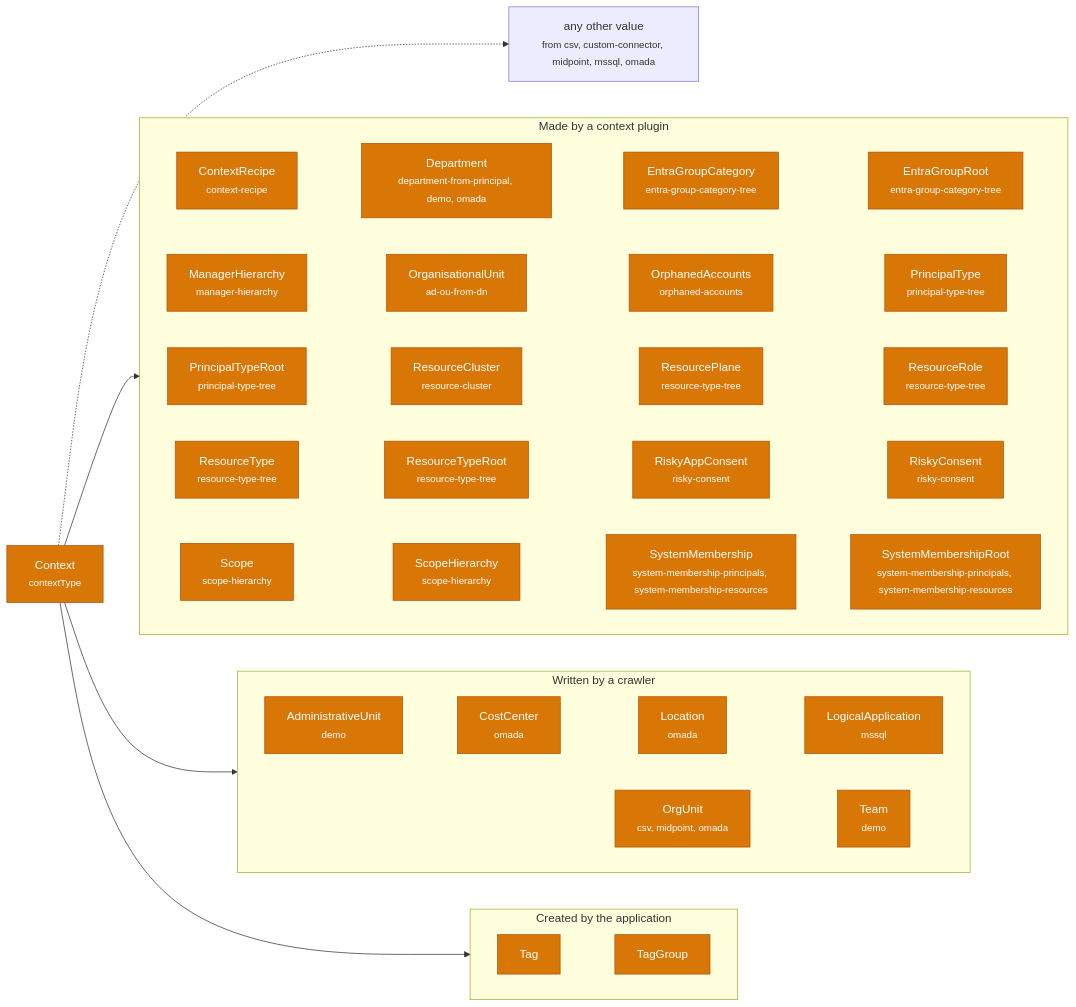
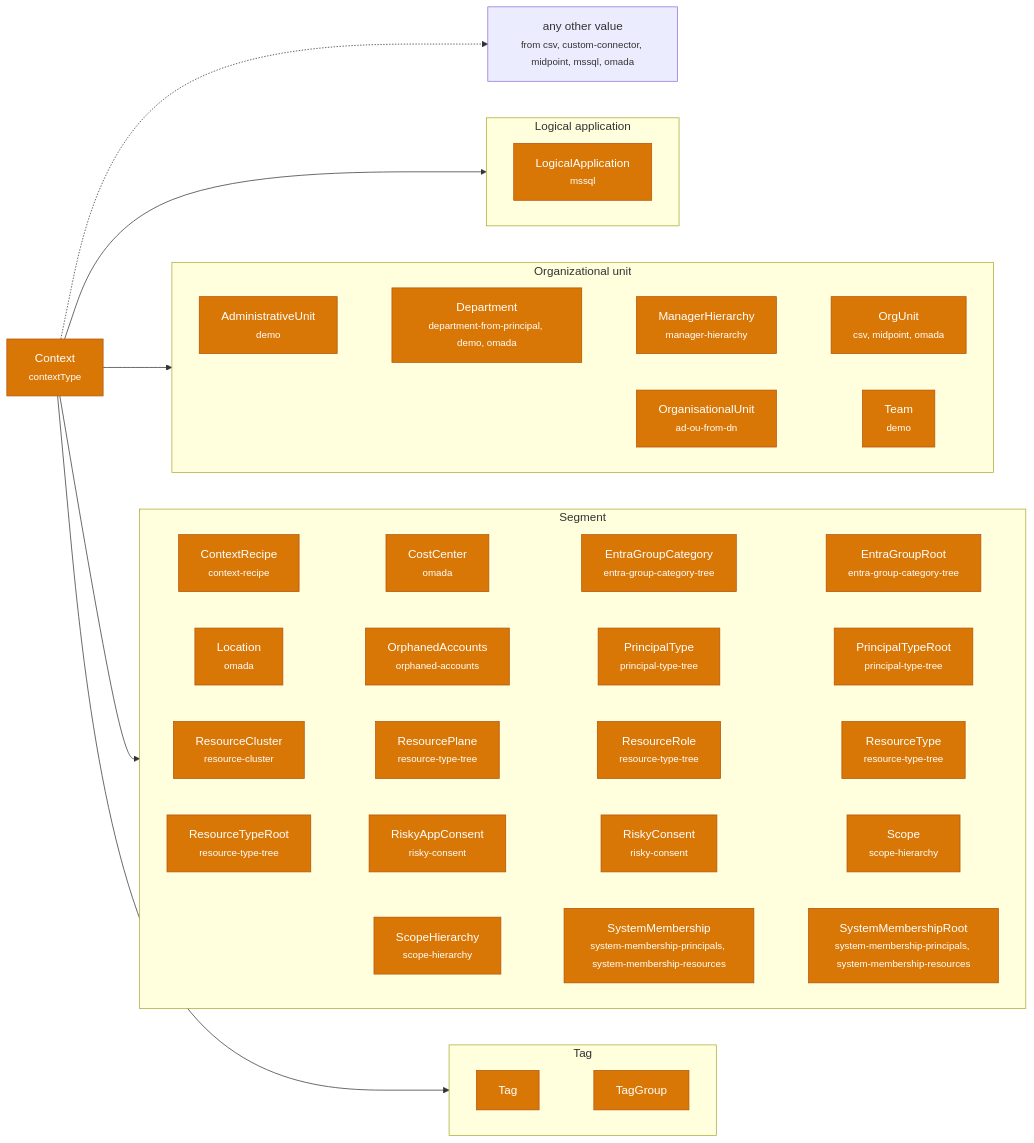
One commit to DerKodex-Repo-Curator/IdentityAtlas changed the fourth of 5 diagrams in docs/concepts/ontology.md. Above: the diagram before and after it, drawn with Mermaid. The commit also changed other lines of this file and 24 other files, not shown here.

````diff
--- a/docs/concepts/ontology.md
+++ b/docs/concepts/ontology.md
@@ -177,55 +212,59 @@
 ```mermaid
 flowchart LR
     root["Context<br/><small>contextType</small>"]:::Context
-    subgraph g_plugin["Made by a context plugin"]
+    subgraph g_LogicalApplicationContext["Logical application"]
+      direction LR
+      t_LogicalApplication["LogicalApplication<br/><small>mssql</small>"]:::Context
+    end
+    subgraph g_OrganizationalUnit["Organizational unit"]
+      direction LR
+      t_AdministrativeUnit["AdministrativeUnit<br/><small>demo</small>"]:::Context
+      t_Department["Department<br/><small>department-from-principal, demo, omada</small>"]:::Context
+      t_ManagerHierarchy["ManagerHierarchy<br/><small>manager-hierarchy</small>"]:::Context
+      t_OrgUnit["OrgUnit<br/><small>csv, midpoint, omada</small>"]:::Context
+      t_OrganisationalUnit["OrganisationalUnit<br/><small>ad-ou-from-dn</small>"]:::Context
+      t_Team["Team<br/><small>demo</small>"]:::Context
+      t_AdministrativeUnit ~~~ t_Department ~~~ t_ManagerHierarchy ~~~ t_OrgUnit
+      t_OrganisationalUnit ~~~ t_Team
+    end
+    subgraph g_Segment["Segment"]
       direction LR
       t_ContextRecipe["ContextRecipe<br/><small>context-recipe</small>"]:::Context
-      t_Department["Department<br/><small>department-from-principal, demo, omada</small>"]:::Context
+      t_CostCenter["CostCenter<br/><small>omada</small>"]:::Context
       t_EntraGroupCategory["EntraGroupCategory<br/><small>entra-group-category-tree</small>"]:::Context
       t_EntraGroupRoot["EntraGroupRoot<br/><small>entra-group-category-tree</small>"]:::Context
-      t_ManagerHierarchy["ManagerHierarchy<br/><small>manager-hierarchy</small>"]:::Context
-      t_OrganisationalUnit["OrganisationalUnit<br/><small>ad-ou-from-dn</small>"]:::Context
+      t_Location["Location<br/><small>omada</small>"]:::Context
       t_OrphanedAccounts["OrphanedAccounts<br/><small>orphaned-accounts</small>"]:::Context
       t_PrincipalType["PrincipalType<br/><small>principal-type-tree</small>"]:::Context
       t_PrincipalTypeRoot["PrincipalTypeRoot<br/><small>principal-type-tree</small>"]:::Context
       t_ResourceCluster["ResourceCluster<br/><small>resource-cluster</small>"]:::Context
       t_ResourcePlane["ResourcePlane<br/><small>resource-type-tree</small>"]:::Context
       t_ResourceRole["ResourceRole<br/><small>resource-type-tree</small>"]:::Context
       t_ResourceType["ResourceType<br/><small>resource-type-tree</small>"]:::Context
       t_ResourceTypeRoot["ResourceTypeRoot<br/><small>resource-type-tree</small>"]:::Context
       t_RiskyAppConsent["RiskyAppConsent<br/><small>risky-consent</small>"]:::Context
       t_RiskyConsent["RiskyConsent<br/><small>risky-consent</small>"]:::Context
       t_Scope["Scope<br/><small>scope-hierarchy</small>"]:::Context
       t_ScopeHierarchy["ScopeHierarchy<br/><small>scope-hierarchy</small>"]:::Context
       t_SystemMembership["SystemMembership<br/><small>system-membership-principals, system-membership-resources</small>"]:::Context
       t_SystemMembershipRoot["SystemMembershipRoot<br/><small>system-membership-principals, system-membership-resources</small>"]:::Context
-      t_ContextRecipe ~~~ t_Department ~~~ t_EntraGroupCategory ~~~ t_EntraGroupRoot
-      t_ManagerHierarchy ~~~ t_OrganisationalUnit ~~~ t_OrphanedAccounts ~~~ t_PrincipalType
-      t_PrincipalTypeRoot ~~~ t_ResourceCluster ~~~ t_ResourcePlane ~~~ t_ResourceRole
-      t_ResourceType ~~~ t_ResourceTypeRoot ~~~ t_RiskyAppConsent ~~~ t_RiskyConsent
-      t_Scope ~~~ t_ScopeHierarchy ~~~ t_SystemMembership ~~~ t_SystemMembershipRoot
+      t_ContextRecipe ~~~ t_CostCenter ~~~ t_EntraGroupCategory ~~~ t_EntraGroupRoot
+      t_Location ~~~ t_OrphanedAccounts ~~~ t_PrincipalType ~~~ t_PrincipalTypeRoot
+      t_ResourceCluster ~~~ t_ResourcePlane ~~~ t_ResourceRole ~~~ t_ResourceType
+      t_ResourceTypeRoot ~~~ t_RiskyAppConsent ~~~ t_RiskyConsent ~~~ t_Scope
+      t_ScopeHierarchy ~~~ t_SystemMembership ~~~ t_SystemMembershipRoot
     end
-    subgraph g_crawler["Written by a crawler"]
-      direction LR
-      t_AdministrativeUnit["AdministrativeUnit<br/><small>demo</small>"]:::Context
-      t_CostCenter["CostCenter<br/><small>omada</small>"]:::Context
-      t_Location["Location<br/><small>omada</small>"]:::Context
-      t_LogicalApplication["LogicalApplication<br/><small>mssql</small>"]:::Context
-      t_OrgUnit["OrgUnit<br/><small>csv, midpoint, omada</small>"]:::Context
-      t_Team["Team<br/><small>demo</small>"]:::Context
-      t_AdministrativeUnit ~~~ t_CostCenter ~~~ t_Location ~~~ t_LogicalApplication
-      t_OrgUnit ~~~ t_Team
-    end
-    subgraph g_code["Created by the application"]
+    subgraph g_TagContext["Tag"]
       direction LR
       t_Tag["Tag"]:::Context
       t_TagGroup["TagGroup"]:::Context
       t_Tag ~~~ t_TagGroup
     end
-    root --> g_plugin
-    root --> g_crawler
-    root --> g_code
+    root --> g_LogicalApplicationContext
+    root --> g_OrganizationalUnit
+    root --> g_Segment
+    root --> g_TagContext
     other["any other value<br/><small>from csv, custom-connector, midpoint, mssql, omada</small>"]
     root -.-> other
     classDef Context fill:#d97706,stroke:#b45309,color:#fff
 ```
````
